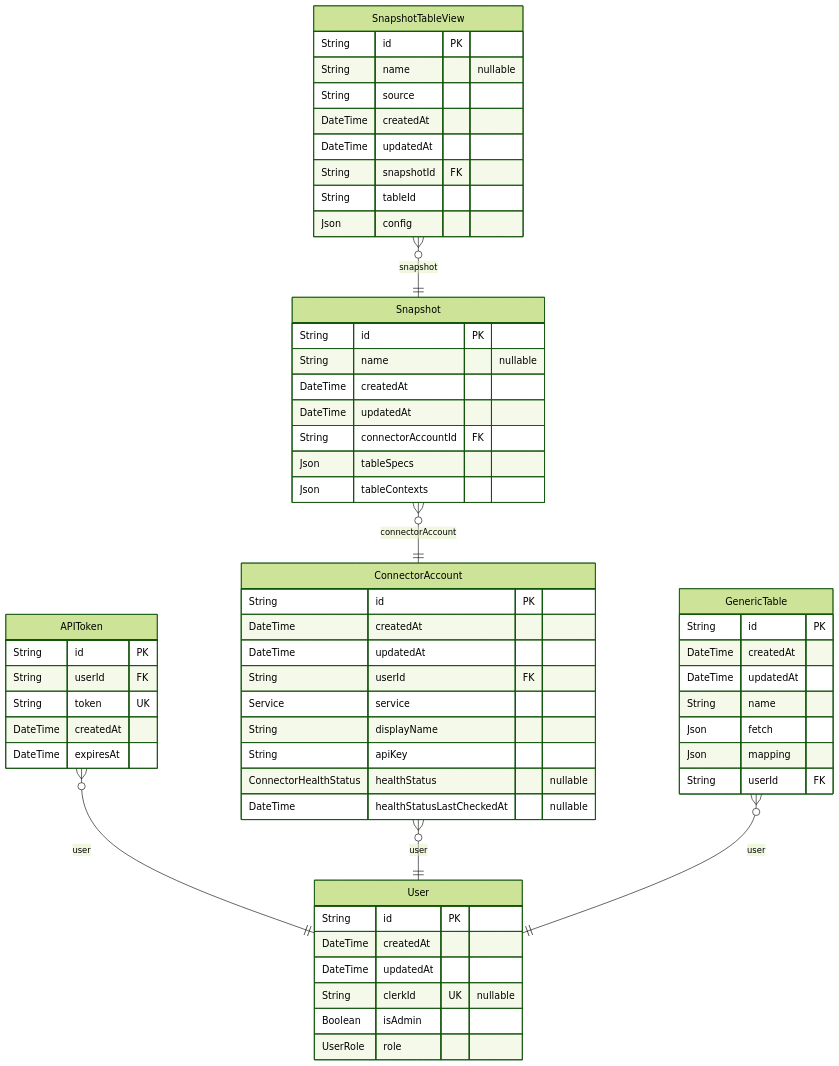
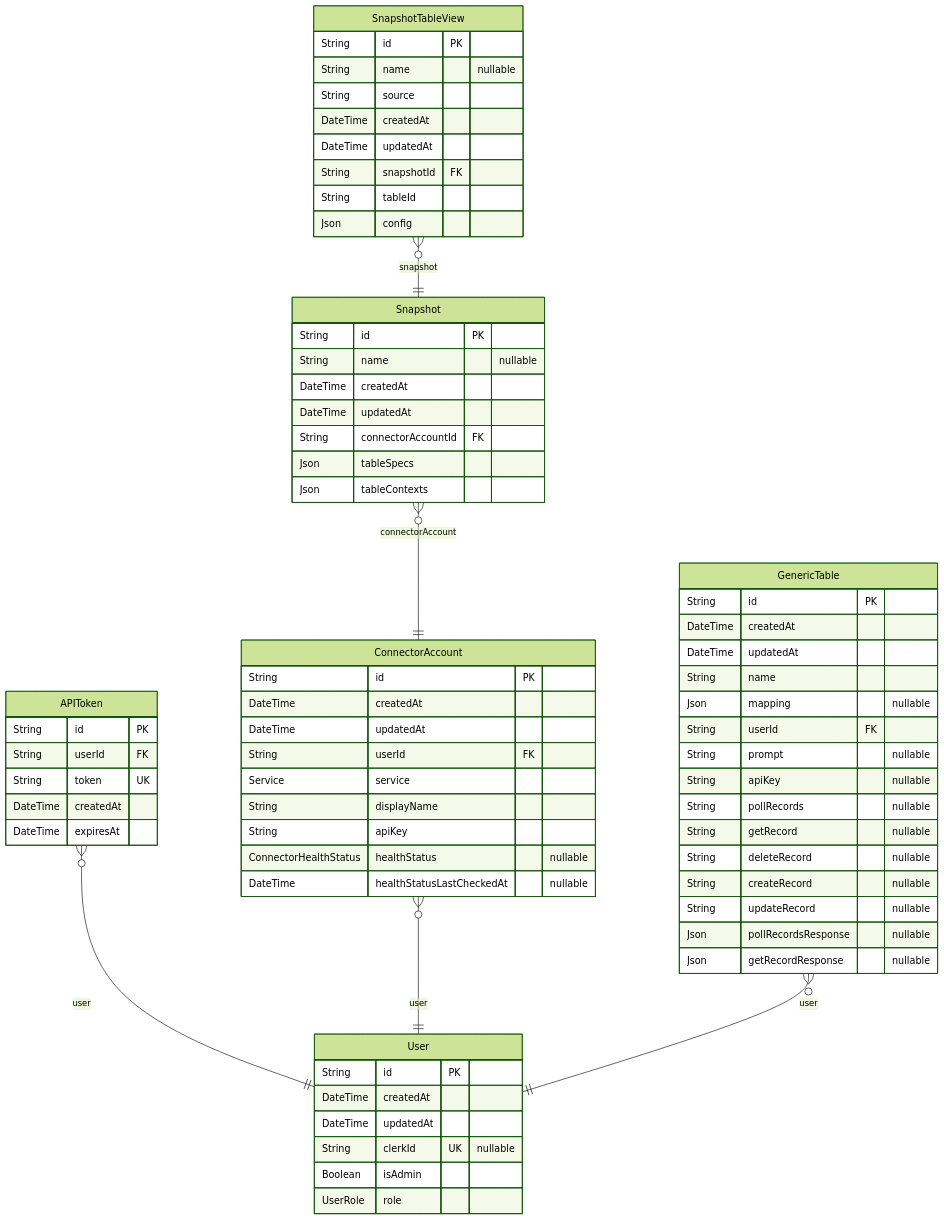
Before and after one commit to whalesync/scratch-cli: the diagram in server/prisma/ERD.md, drawn with Mermaid (forest theme). The commit also changed other lines of this file and 24 other files, not shown here.

````diff
--- a/server/prisma/ERD.md
+++ b/server/prisma/ERD.md
@@ -9,62 +9,70 @@
 ```mermaid
 erDiagram
 "User" {
   String id PK
   DateTime createdAt
   DateTime updatedAt
   String clerkId UK "nullable"
   Boolean isAdmin
   UserRole role
 }
 "APIToken" {
   String id PK
   String userId FK
   String token UK
   DateTime createdAt
   DateTime expiresAt
 }
 "ConnectorAccount" {
   String id PK
   DateTime createdAt
   DateTime updatedAt
   String userId FK
   Service service
   String displayName
   String apiKey
   ConnectorHealthStatus healthStatus "nullable"
   DateTime healthStatusLastCheckedAt "nullable"
 }
 "Snapshot" {
   String id PK
   String name "nullable"
   DateTime createdAt
   DateTime updatedAt
   String connectorAccountId FK
   Json tableSpecs
   Json tableContexts
 }
 "GenericTable" {
   String id PK
   DateTime createdAt
   DateTime updatedAt
   String name
-  Json fetch
-  Json mapping
+  Json mapping "nullable"
   String userId FK
+  String prompt "nullable"
+  String apiKey "nullable"
+  String pollRecords "nullable"
+  String getRecord "nullable"
+  String deleteRecord "nullable"
+  String createRecord "nullable"
+  String updateRecord "nullable"
+  Json pollRecordsResponse "nullable"
+  Json getRecordResponse "nullable"
 }
 "SnapshotTableView" {
   String id PK
   String name "nullable"
   String source
   DateTime createdAt
   DateTime updatedAt
   String snapshotId FK
   String tableId
   Json config
 }
 "APIToken" }o--|| "User" : user
 "ConnectorAccount" }o--|| "User" : user
 "Snapshot" }o--|| "ConnectorAccount" : connectorAccount
 "GenericTable" }o--|| "User" : user
 "SnapshotTableView" }o--|| "Snapshot" : snapshot
 ```
````
